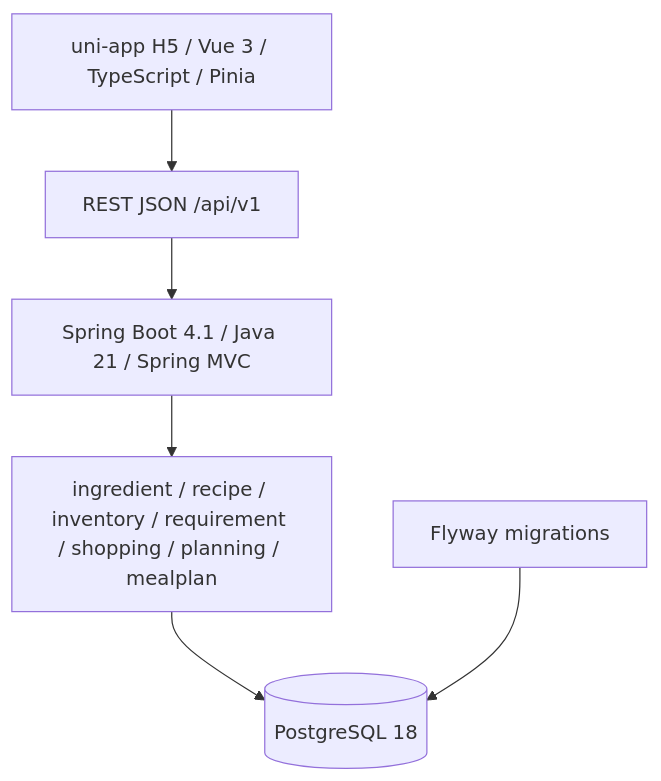
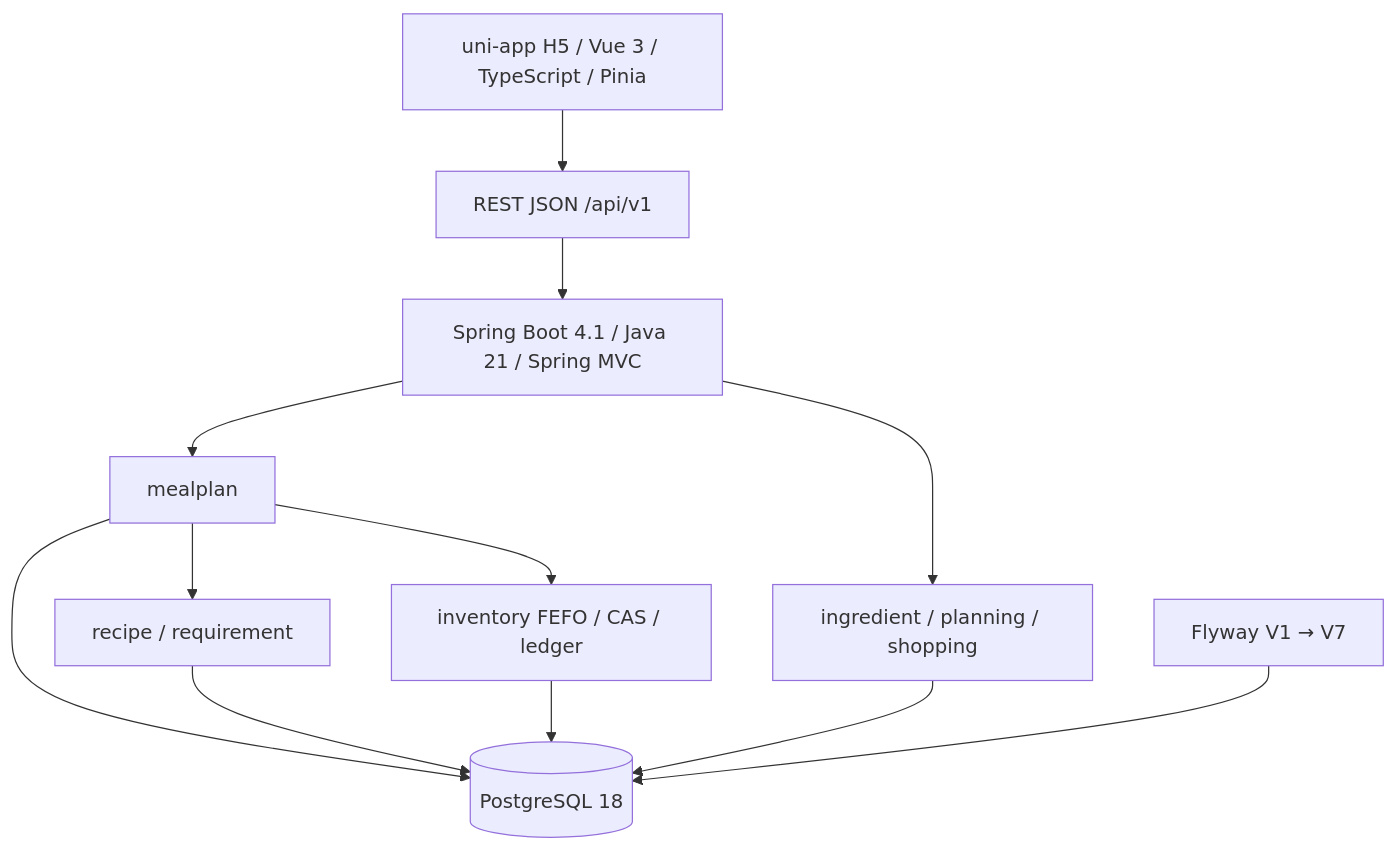
Before and after one commit to xuhangwardell/MealOPS: the diagram in docs/architecture/system-architecture.md, drawn with Mermaid. The commit also changed other lines of this file and 25 other files, not shown here.

````diff
--- a/docs/architecture/system-architecture.md
+++ b/docs/architecture/system-architecture.md
@@ -59,12 +33,22 @@
 ```mermaid
 flowchart TB
-  Client[uni-app H5 / Vue 3 / TypeScript / Pinia]
-  API[REST JSON /api/v1]
-  Backend[Spring Boot 4.1 / Java 21 / Spring MVC]
-  Modules[ingredient / recipe / inventory / requirement / shopping / planning / mealplan]
+  Client["uni-app H5 / Vue 3 / TypeScript / Pinia"]
+  API["REST JSON /api/v1"]
+  Backend["Spring Boot 4.1 / Java 21 / Spring MVC"]
+  MealPlan["mealplan"]
+  Recipe["recipe / requirement"]
+  Inventory["inventory FEFO / CAS / ledger"]
+  Other["ingredient / planning / shopping"]
   DB[(PostgreSQL 18)]
-  Flyway[Flyway migrations]
-  Client --> API --> Backend --> Modules
-  Modules --> DB
+  Flyway["Flyway V1 → V7"]
+  Client --> API --> Backend
+  Backend --> MealPlan
+  MealPlan --> Recipe
+  MealPlan --> Inventory
+  Backend --> Other
+  MealPlan --> DB
+  Recipe --> DB
+  Inventory --> DB
+  Other --> DB
   Flyway --> DB
 ```
````
